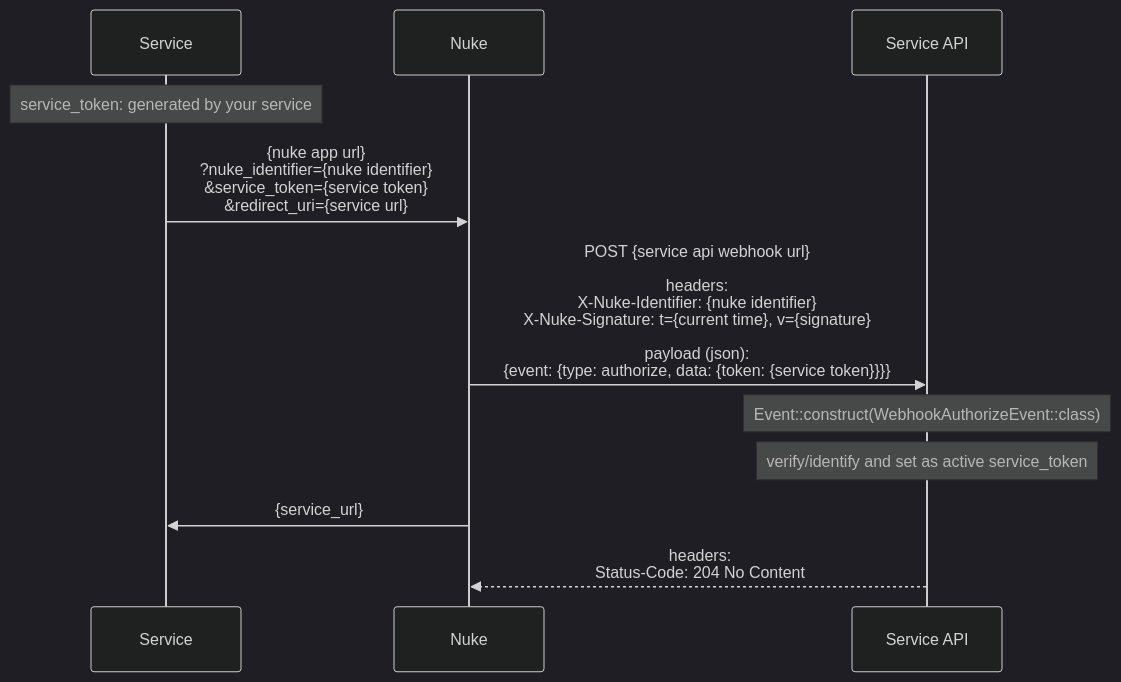
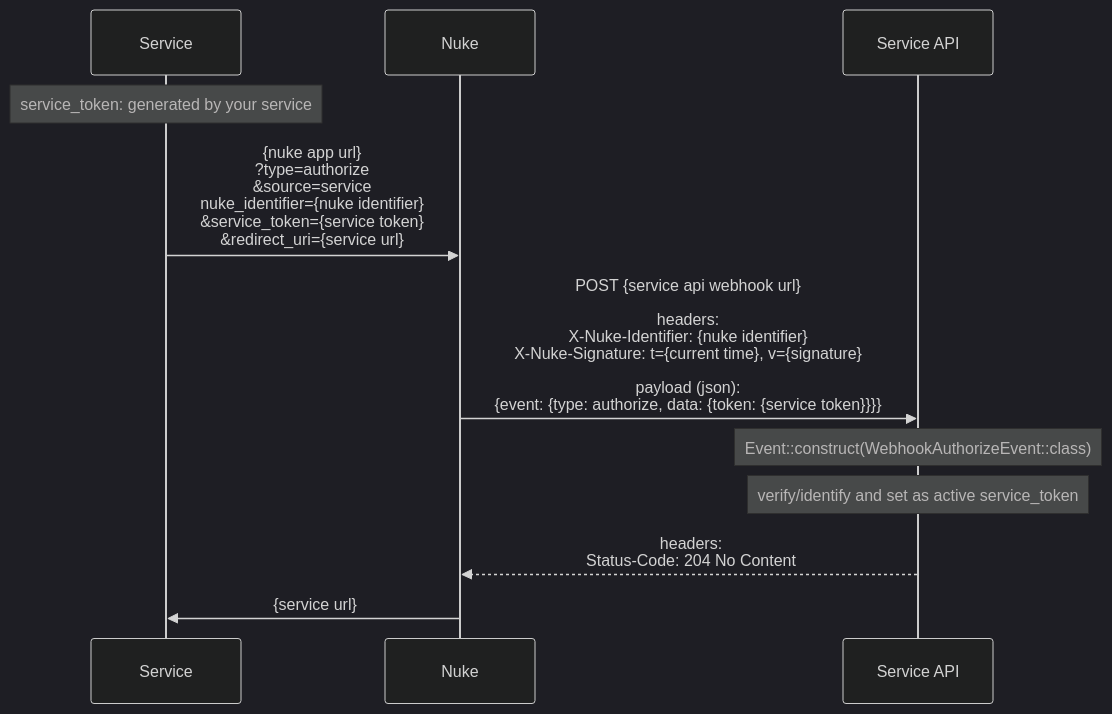
One commit to nukefromorbit/nuke-php changed the fourth of 6 diagrams in README.md. Above: the diagram before and after it, drawn with Mermaid (dark theme). The commit also changed other lines of this file and 10 other files, not shown here.

Commit message:
feat(nuke): service implementation

````diff
--- a/README.md
+++ b/README.md
@@ -63,20 +63,20 @@
 ```mermaid
 sequenceDiagram
     participant service as Service
     participant nuke as Nuke
     participant service_api as Service API
 
     note over service: service_token: generated by your service
 
-    service ->> nuke: {nuke app url}<br>?nuke_identifier={nuke identifier}<br>&service_token={service token}<br>&redirect_uri={service url}
+    service ->> nuke: {nuke app url}<br>?type=authorize<br>&source=service<br>nuke_identifier={nuke identifier}<br>&service_token={service token}<br>&redirect_uri={service url}
 
     nuke ->> service_api: POST {service api webhook url}<br><br>headers:<br>X-Nuke-Identifier: {nuke identifier}<br>X-Nuke-Signature: t={current time}, v={signature}<br><br>payload (json):<br>{event: {type: authorize, data: {token: {service token}}}}
 
     note over service_api: Event::construct(WebhookAuthorizeEvent::class)
 
     note over service_api: verify/identify and set as active service_token
 
-    nuke ->> service: {service_url}
+    service_api -->> nuke: headers:<br>Status-Code: 204 No Content
 
-    service_api -->> nuke: headers:<br>Status-Code: 204 No Content
+    nuke ->> service: {service url}
 ```
````
